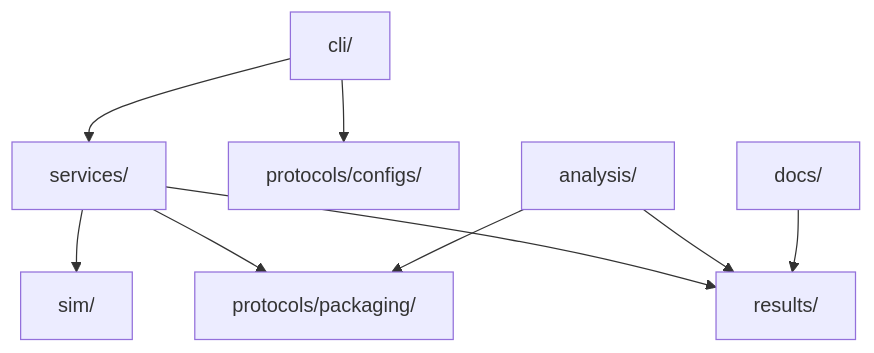
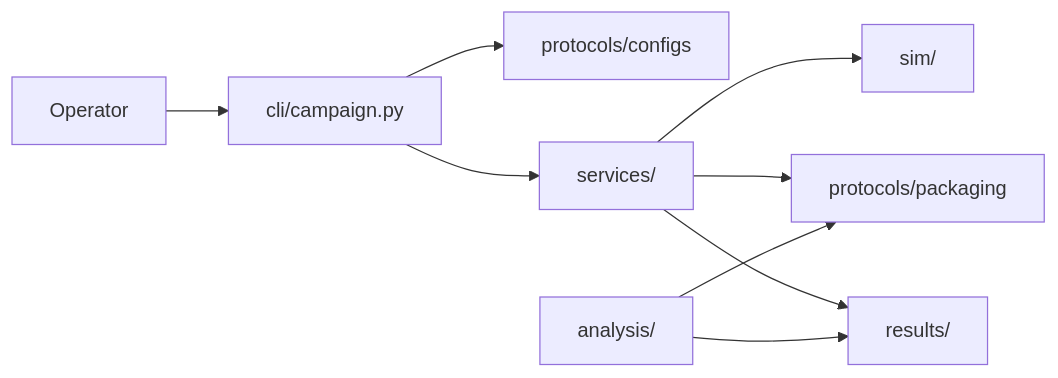
The first of 4 diagrams in docs/codes/architecture.md (lykimq/HerdSim), drawn with Mermaid before and after one commit. The commit also changed other lines of this file and 260 other files, not shown here.

````diff
--- a/docs/codes/architecture.md
+++ b/docs/codes/architecture.md
@@ -35,20 +7,20 @@
 ```mermaid
-flowchart TB
-  cli["cli/"]
+flowchart LR
+  operator["Operator"]
+  cli["cli/campaign.py"]
+  configs["protocols/configs"]
   services["services/"]
-  configs["protocols/configs/"]
-  packaging["protocols/packaging/"]
   sim["sim/"]
+  packaging["protocols/packaging"]
   results["results/"]
   analysis["analysis/"]
-  docs["docs/"]
 
+  operator --> cli
   cli --> configs
   cli --> services
   services --> sim
   services --> packaging
   services --> results
   analysis --> results
   analysis --> packaging
-  docs --> results
 ```
````
